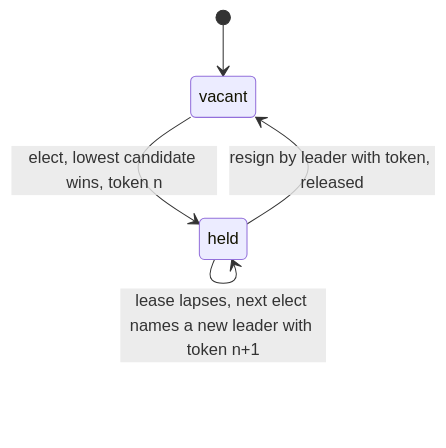
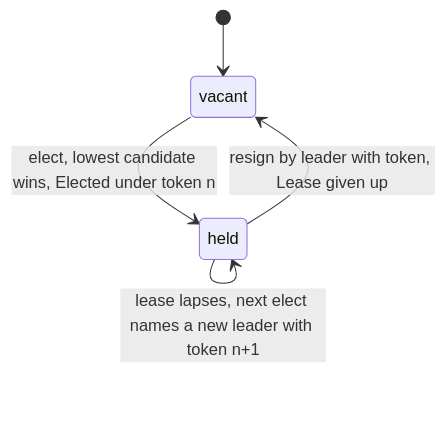
The first of 2 diagrams in README.md (seuros/election_machines), drawn with Mermaid before and after one commit. The commit also changed other lines of this file and 21 other files, not shown here.

First line of the commit message:
feat!: carry the lease refusal whole, honour a live incumbent, scoped restorable elections and Integer-nanosecond Ruby values

````diff
--- a/README.md
+++ b/README.md
@@ -58,9 +66,9 @@
 ```mermaid
 stateDiagram-v2
     [*] --> vacant
-    vacant --> held: elect, lowest candidate wins, token n
-    held --> held: heartbeat by leader with token, renewed
-    held --> held: elect by anyone before expiry, incumbent
-    held --> vacant: resign by leader with token, released
+    vacant --> held: elect, lowest candidate wins, Elected under token n
+    held --> held: heartbeat by leader with token, Lease renewed
+    held --> held: elect by anyone before expiry, Incumbent
+    held --> vacant: resign by leader with token, Lease given up
     held --> held: lease lapses, next elect names a new leader with token n+1
 ```
````
